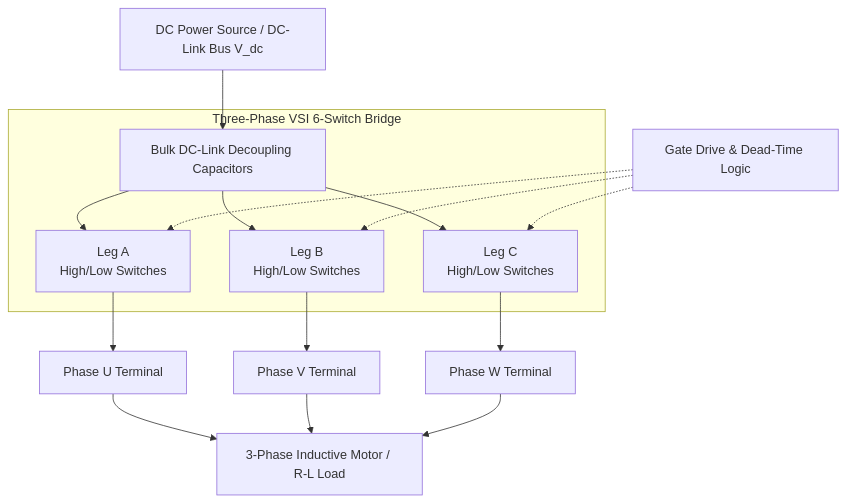
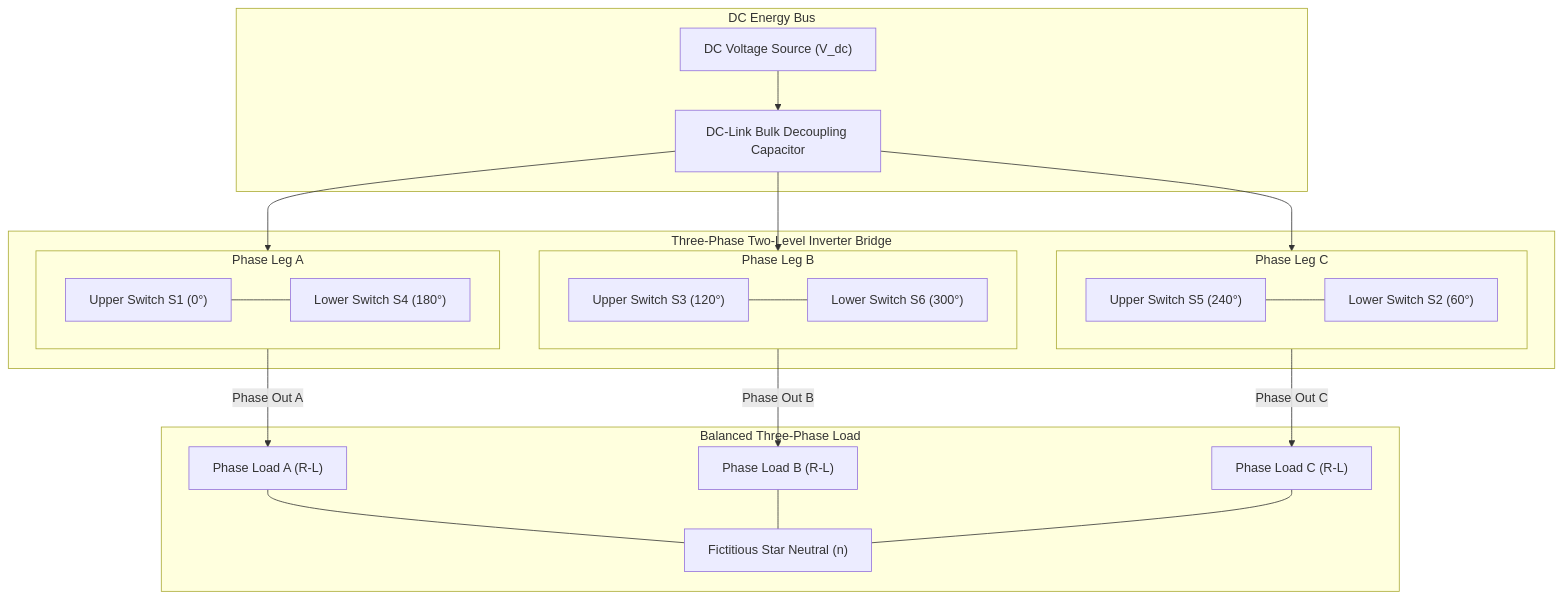
One commit to Hassan-Moqbel/three-phase-inverter-bridge-spwm changed the diagram in README.md. Above: the diagram before and after it, drawn with Mermaid. The commit also changed other lines of this file, not shown here.

Commit message:
docs(overhaul): deploy flagship README with integrated Sana'a University academic provenance and KaTeX power formulas

````diff
--- a/README.md
+++ b/README.md
@@ -25,22 +35,43 @@
 ```mermaid
 flowchart TD
-    DC["DC Power Source / DC-Link Bus V_dc"] --> CAP["Bulk DC-Link Decoupling Capacitors"]
-    
-    subgraph Three-Phase VSI 6-Switch Bridge
-        CAP --> LEGA["Leg A \nHigh/Low Switches"]
-        CAP --> LEGB["Leg B \nHigh/Low Switches"]
-        CAP --> LEGC["Leg C \nHigh/Low Switches"]
+    subgraph DC_Stage["DC Energy Bus"]
+        VDC["DC Voltage Source (V_dc)"]
+        CAP["DC-Link Bulk Decoupling Capacitor"]
     end
-    
-    CTRL["Gate Drive & Dead-Time Logic"] -.-> LEGA
-    CTRL -.-> LEGB
-    CTRL -.-> LEGC
-    
-    LEGA --> U["Phase U Terminal"]
-    LEGB --> V["Phase V Terminal"]
-    LEGC --> W["Phase W Terminal"]
-    
-    U --> MOTOR["3-Phase Inductive Motor / R-L Load"]
-    V --> MOTOR
-    W --> MOTOR
+
+    subgraph Bridge["Three-Phase Two-Level Inverter Bridge"]
+        subgraph LegA["Phase Leg A"]
+            S1["Upper Switch S1 (0°)"]
+            S4["Lower Switch S4 (180°)"]
+        end
+        subgraph LegB["Phase Leg B"]
+            S3["Upper Switch S3 (120°)"]
+            S6["Lower Switch S6 (300°)"]
+        end
+        subgraph LegC["Phase Leg C"]
+            S5["Upper Switch S5 (240°)"]
+            S2["Lower Switch S2 (60°)"]
+        end
+    end
+
+    subgraph Load["Balanced Three-Phase Load"]
+        LOAD_A["Phase Load A (R-L)"]
+        LOAD_B["Phase Load B (R-L)"]
+        LOAD_C["Phase Load C (R-L)"]
+        NEUTRAL["Fictitious Star Neutral (n)"]
+    end
+
+    VDC --> CAP
+    CAP --> LegA
+    CAP --> LegB
+    CAP --> LegC
+    S1 --- S4
+    S3 --- S6
+    S5 --- S2
+    LegA -->|"Phase Out A"| LOAD_A
+    LegB -->|"Phase Out B"| LOAD_B
+    LegC -->|"Phase Out C"| LOAD_C
+    LOAD_A --- NEUTRAL
+    LOAD_B --- NEUTRAL
+    LOAD_C --- NEUTRAL
 ```
````
